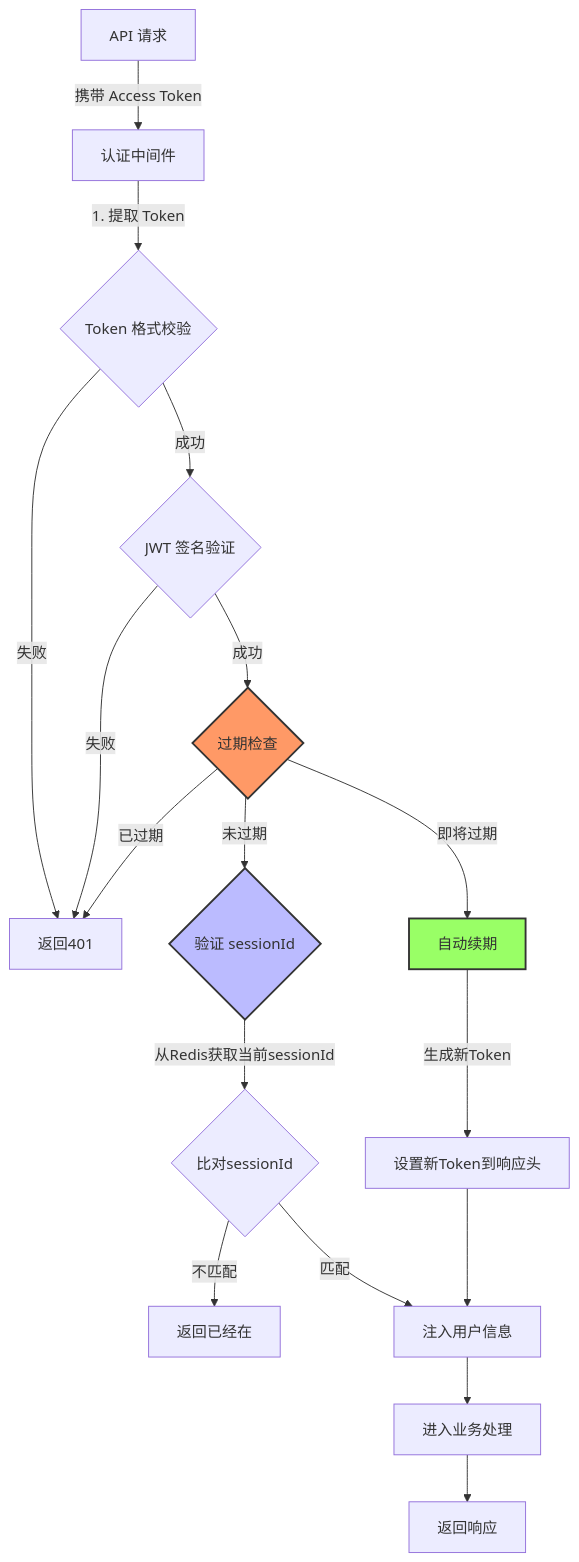
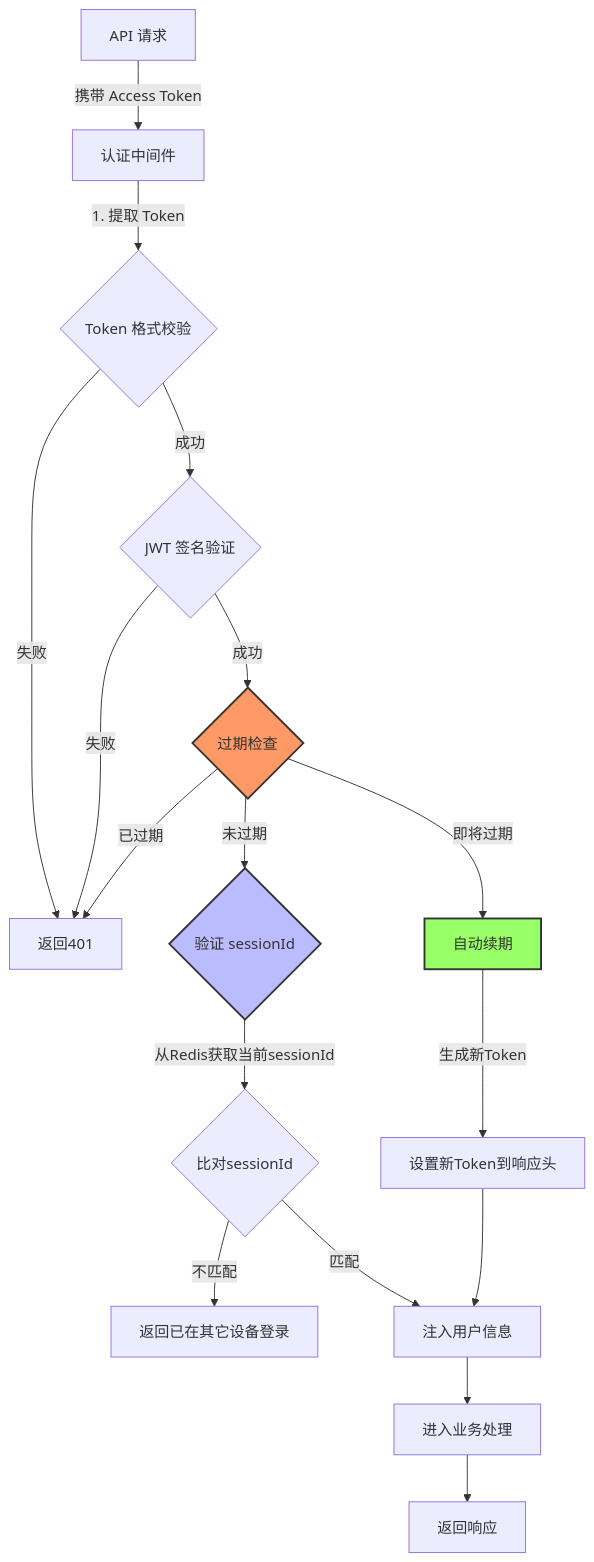
Before and after one commit to yingjianzh/iodraw-files: the diagram in all/未命名-13.md, drawn with Mermaid.

Commit message:
2025-01-02 16:10:22 update

````diff
--- a/all/未命名-13.md
+++ b/all/未命名-13.md
@@ -1,29 +1,29 @@
 ```mermaid
 
 flowchart TD
     
     A[API 请求] -->|携带 Access Token| B[认证中间件]
     B -->|1. 提取 Token| C{Token 格式校验}
     C -->|失败| D[返回401]
     C -->|成功| E{JWT 签名验证}
     E -->|失败| D
     E -->|成功| F{过期检查}
     
     F -->|已过期| D
     F -->|即将过期| G[自动续期]
     F -->|未过期| H{验证 sessionId}
     
     H -->|从Redis获取当前sessionId| I{比对sessionId}
-    I -->|不匹配| J[返回已经在]
+    I -->|不匹配| J[返回已在其它设备登录]
     I -->|匹配| K[注入用户信息]
     K --> L[进入业务处理]
     L --> N[返回响应]
     
     G -->|生成新Token| M[设置新Token到响应头]
     M --> K
 
     style F fill:#f96,stroke:#333,stroke-width:2px
     style H fill:#bbf,stroke:#333,stroke-width:2px
     style G fill:#9f6,stroke:#333,stroke-width:2px
 
 ```
````
